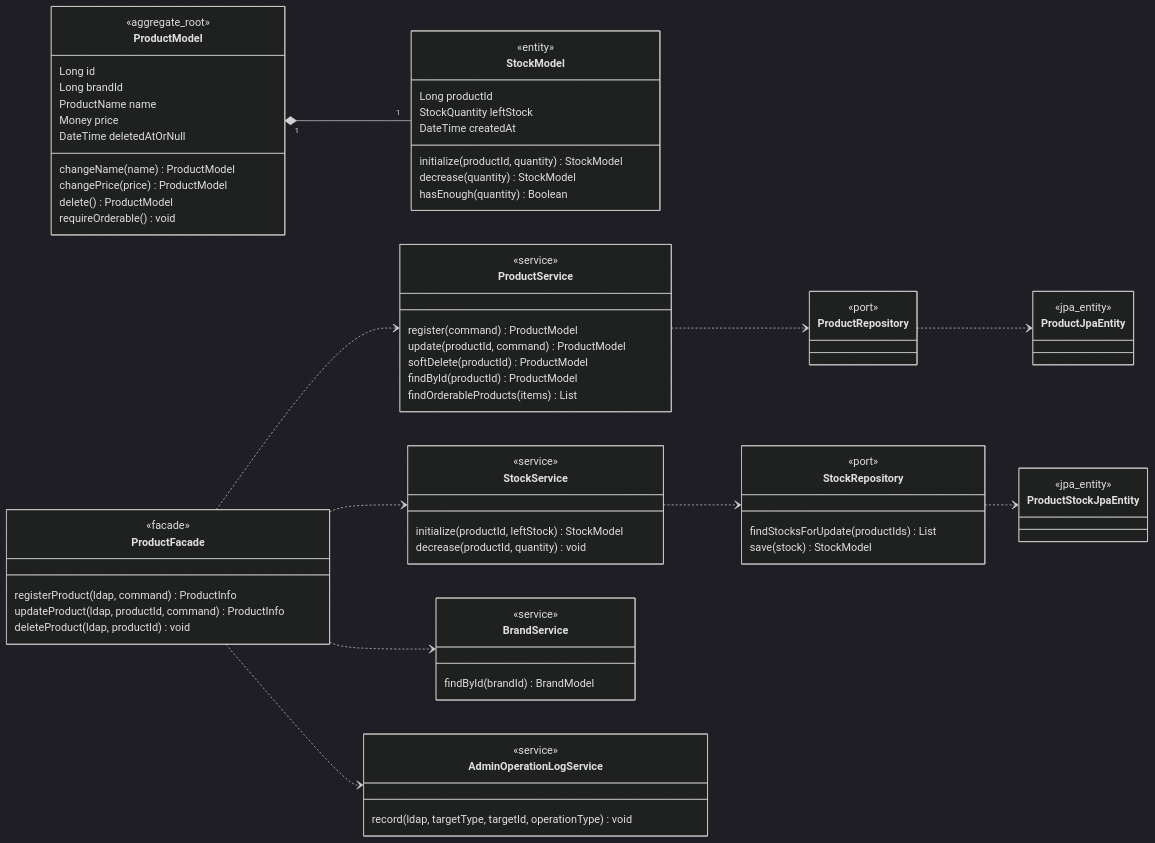
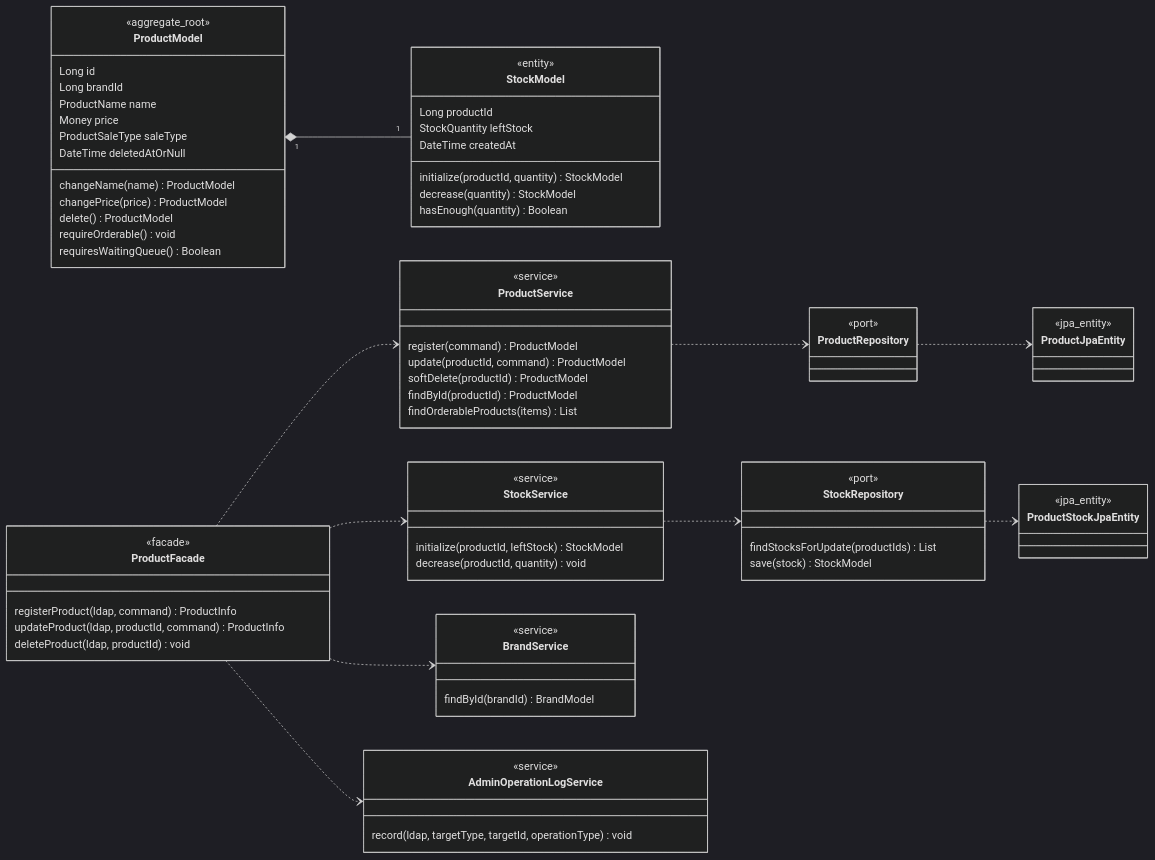
Before and after one commit to loopers-labs/loop-pack-be-l2-vol4-kotlin: the fourth of 11 diagrams in docs/design/03-class-diagram.md, drawn with Mermaid (dark theme). The commit also changed other lines of this file and 3 other files, not shown here.

```diff
--- a/docs/design/03-class-diagram.md
+++ b/docs/design/03-class-diagram.md
@@ -364,11 +367,13 @@
         Long brandId
         ProductName name
         Money price
+        ProductSaleType saleType
         DateTime deletedAtOrNull
         changeName(name) ProductModel
         changePrice(price) ProductModel
         delete() ProductModel
         requireOrderable() void
+        requiresWaitingQueue() Boolean
     }
 
     class StockModel {
```
